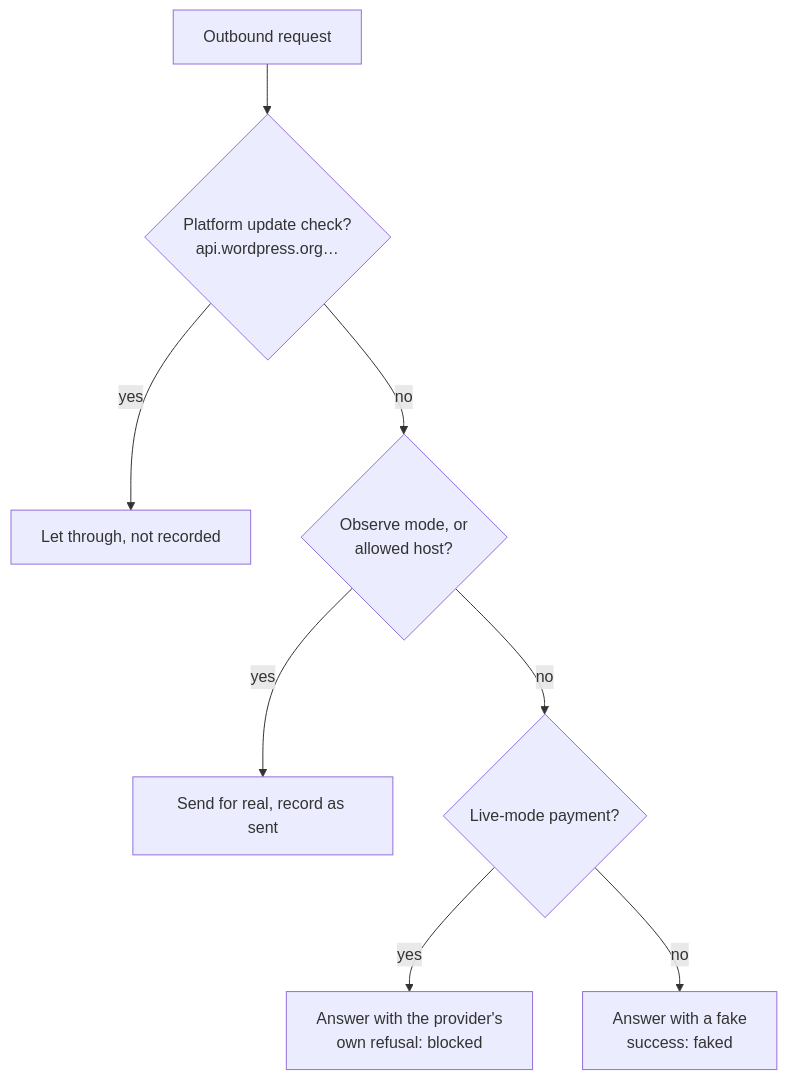
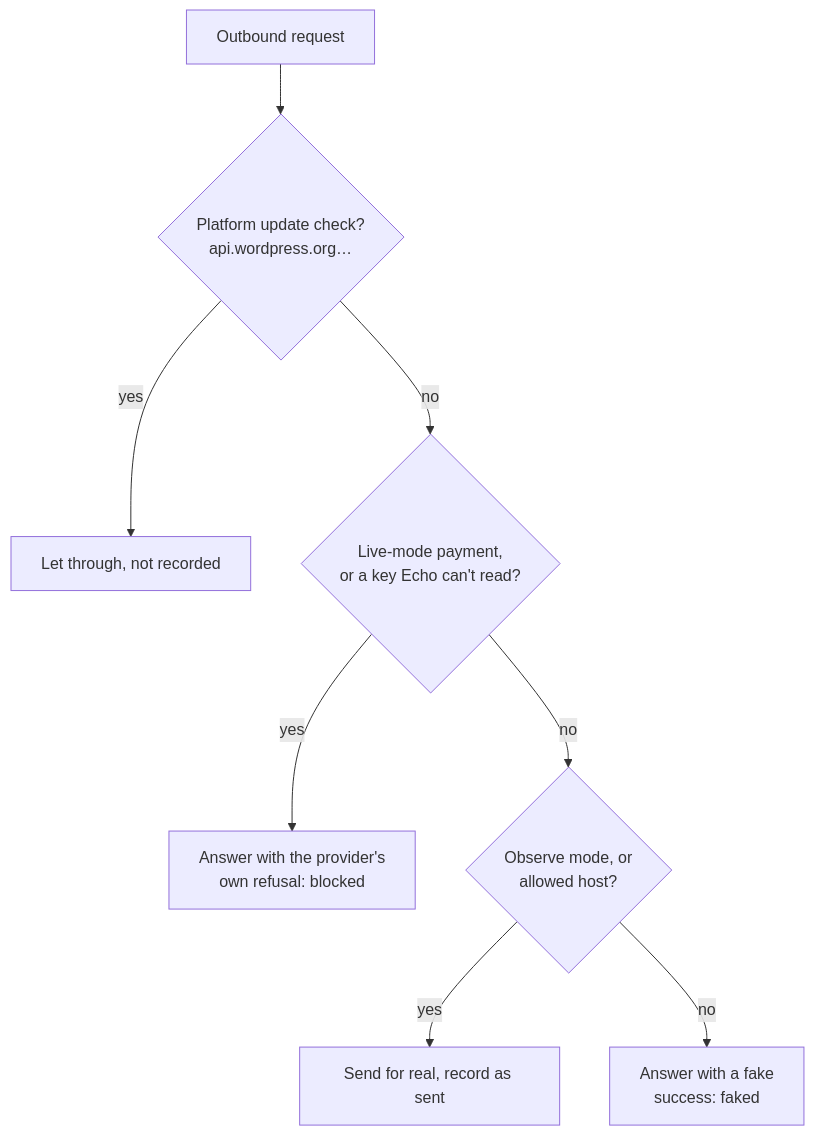
Before and after one commit to RhythmShahriar/rhythm: the diagram in wiki/Echo-Sealing-Staging.md, drawn with Mermaid. The commit also changed other lines of this file and 14 other files, not shown here.

````diff
--- a/wiki/Echo-Sealing-Staging.md
+++ b/wiki/Echo-Sealing-Staging.md
@@ -31,10 +30,10 @@
 ```mermaid
 flowchart TD
   R["Outbound request"] --> I{"Platform update check?<br/>api.wordpress.org…"}
   I -- yes --> T["Let through, not recorded"]
-  I -- no --> O{"Observe mode, or<br/>allowed host?"}
+  I -- no --> P{"Live-mode payment,<br/>or a key Echo can't read?"}
+  P -- yes --> B["Answer with the provider's<br/>own refusal: blocked"]
+  P -- no --> O{"Observe mode, or<br/>allowed host?"}
   O -- yes --> S["Send for real, record as sent"]
-  O -- no --> P{"Live-mode payment?"}
-  P -- yes --> B["Answer with the provider's<br/>own refusal: blocked"]
-  P -- no --> F["Answer with a fake<br/>success: faked"]
+  O -- no --> F["Answer with a fake<br/>success: faked"]
 ```
````
